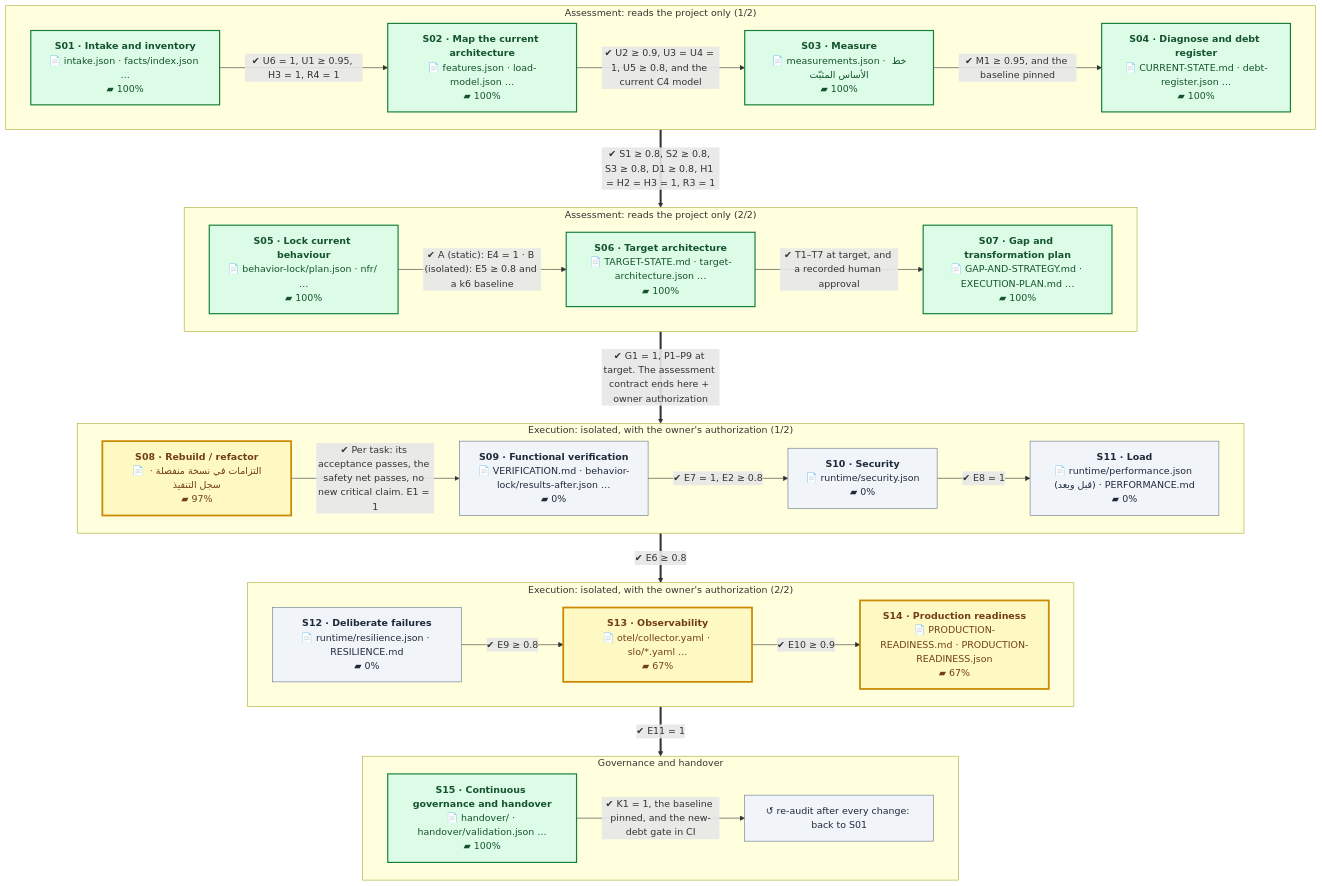
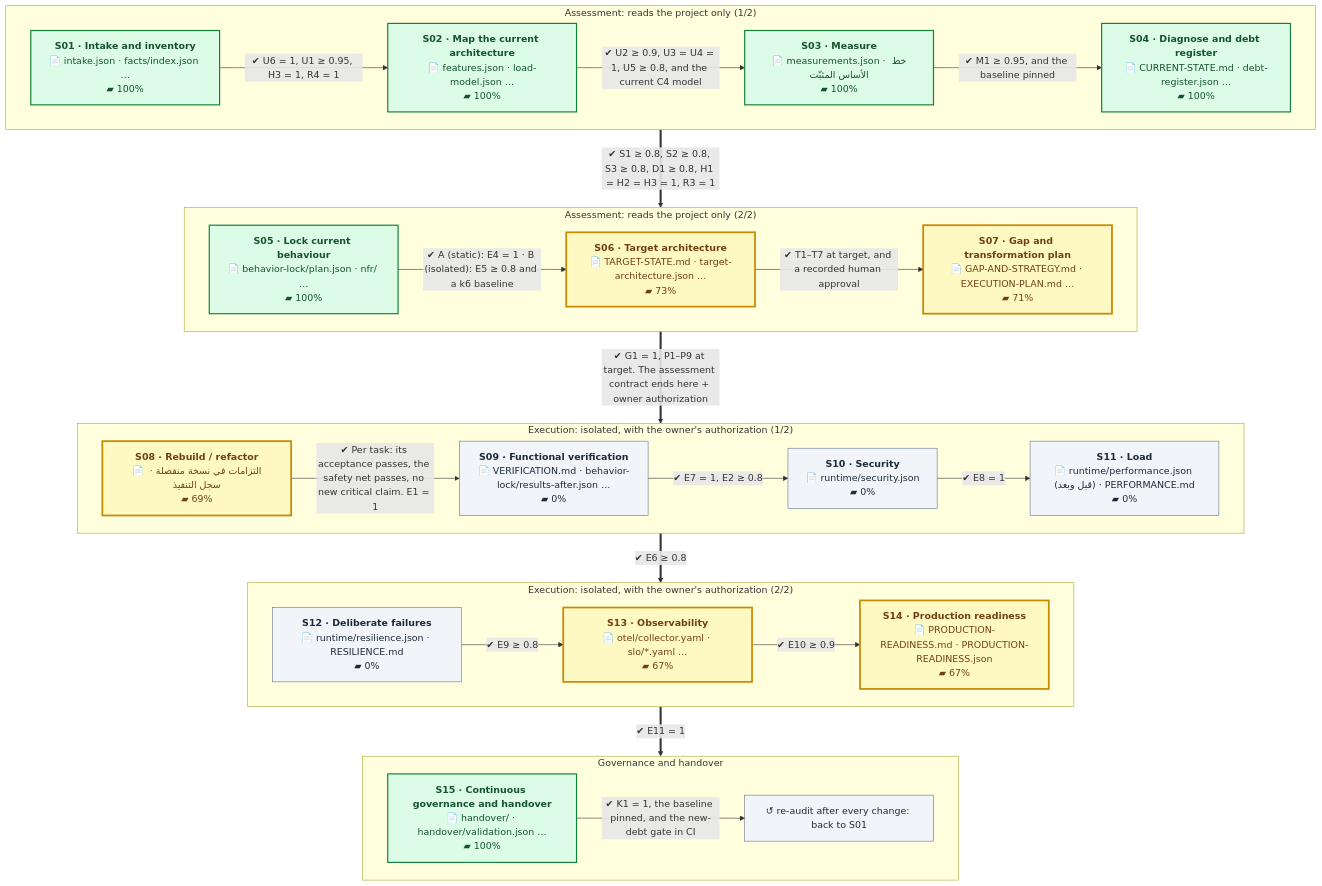
The first of 2 diagrams in README.en.md (eom1417/engineering-audit-os), drawn with Mermaid before and after one commit. The commit also changed other lines of this file and 15 other files, not shown here.

````diff
--- a/README.en.md
+++ b/README.en.md
@@ -52,54 +52,54 @@
 ```mermaid
 %%{init: {'flowchart': {'wrappingWidth': 260, 'nodeSpacing': 40, 'rankSpacing': 60}}}%%
 flowchart TB
     subgraph P1["Assessment: reads the project only (1/2)"]
         direction LR
         S01["<b>S01 · Intake and inventory</b><br/>📄 intake.json · facts/index.json …<br/>▰ 100%"]:::done
         S02["<b>S02 · Map the current architecture</b><br/>📄 features.json · load-model.json …<br/>▰ 100%"]:::done
         S03["<b>S03 · Measure</b><br/>📄 measurements.json · خط الأساس المثبّت<br/>▰ 100%"]:::done
         S04["<b>S04 · Diagnose and debt register</b><br/>📄 CURRENT-STATE.md · debt-register.json …<br/>▰ 100%"]:::done
         S01 -->|"✔ U6 = 1, U1 ≥ 0.95, H3 = 1, R4 = 1"| S02
         S02 -->|"✔ U2 ≥ 0.9, U3 = U4 = 1, U5 ≥ 0.8, and the current C4 model"| S03
         S03 -->|"✔ M1 ≥ 0.95, and the baseline pinned"| S04
     end
     subgraph P2["Assessment: reads the project only (2/2)"]
         direction LR
         S05["<b>S05 · Lock current behaviour</b><br/>📄 behavior-lock/plan.json · nfr/ …<br/>▰ 100%"]:::done
-        S06["<b>S06 · Target architecture</b><br/>📄 TARGET-STATE.md · target-architecture.json …<br/>▰ 100%"]:::done
-        S07["<b>S07 · Gap and transformation plan</b><br/>📄 GAP-AND-STRATEGY.md · EXECUTION-PLAN.md …<br/>▰ 100%"]:::done
+        S06["<b>S06 · Target architecture</b><br/>📄 TARGET-STATE.md · target-architecture.json …<br/>▰ 73%"]:::current
+        S07["<b>S07 · Gap and transformation plan</b><br/>📄 GAP-AND-STRATEGY.md · EXECUTION-PLAN.md …<br/>▰ 71%"]:::current
         S05 -->|"✔ A (static): E4 = 1 · B (isolated): E5 ≥ 0.8 and a k6 baseline"| S06
         S06 -->|"✔ T1–T7 at target, and a recorded human approval"| S07
     end
     subgraph P3["Execution: isolated, with the owner's authorization (1/2)"]
         direction LR
-        S08["<b>S08 · Rebuild / refactor</b><br/>📄 التزامات في نسخة منفصلة · سجل التنفيذ<br/>▰ 97%"]:::current
+        S08["<b>S08 · Rebuild / refactor</b><br/>📄 التزامات في نسخة منفصلة · سجل التنفيذ<br/>▰ 69%"]:::current
         S09["<b>S09 · Functional verification</b><br/>📄 VERIFICATION.md · behavior-lock/results-after.json …<br/>▰ 0%"]:::next
         S10["<b>S10 · Security</b><br/>📄 runtime/security.json<br/>▰ 0%"]:::next
         S11["<b>S11 · Load</b><br/>📄 runtime/performance.json (قبل وبعد) · PERFORMANCE.md<br/>▰ 0%"]:::next
         S08 -->|"✔ Per task: its acceptance passes, the safety net passes, no new critical claim. E1 = 1"| S09
         S09 -->|"✔ E7 = 1, E2 ≥ 0.8"| S10
         S10 -->|"✔ E8 = 1"| S11
     end
     subgraph P4["Execution: isolated, with the owner's authorization (2/2)"]
         direction LR
         S12["<b>S12 · Deliberate failures</b><br/>📄 runtime/resilience.json · RESILIENCE.md<br/>▰ 0%"]:::next
         S13["<b>S13 · Observability</b><br/>📄 otel/collector.yaml · slo/*.yaml …<br/>▰ 67%"]:::current
         S14["<b>S14 · Production readiness</b><br/>📄 PRODUCTION-READINESS.md · PRODUCTION-READINESS.json<br/>▰ 67%"]:::current
         S12 -->|"✔ E9 ≥ 0.8"| S13
         S13 -->|"✔ E10 ≥ 0.9"| S14
     end
     subgraph P5["Governance and handover"]
         direction LR
         S15["<b>S15 · Continuous governance and handover</b><br/>📄 handover/ · handover/validation.json …<br/>▰ 100%"]:::done
         LOOP["↺ re-audit after every change: back to S01"]:::next
         S15 -->|"✔ K1 = 1, the baseline pinned, and the new-debt gate in CI"| LOOP
     end
     P1 ==>|"✔ S1 ≥ 0.8, S2 ≥ 0.8, S3 ≥ 0.8, D1 ≥ 0.8, H1 = H2 = H3 = 1, R3 = 1"| P2
     P2 ==>|"✔ G1 = 1, P1–P9 at target. The assessment contract ends here + owner authorization"| P3
     P3 ==>|"✔ E6 ≥ 0.8"| P4
     P4 ==>|"✔ E11 = 1"| P5
     classDef done fill:#dcfce7,stroke:#15803d,color:#14532d,stroke-width:2px
     classDef current fill:#fef9c3,stroke:#ca8a04,color:#713f12,stroke-width:3px
     classDef next fill:#f1f5f9,stroke:#64748b,color:#1e293b
     classDef owner fill:#fee2e2,stroke:#b91c1c,color:#7f1d1d,stroke-dasharray:5 3
 ```
````
